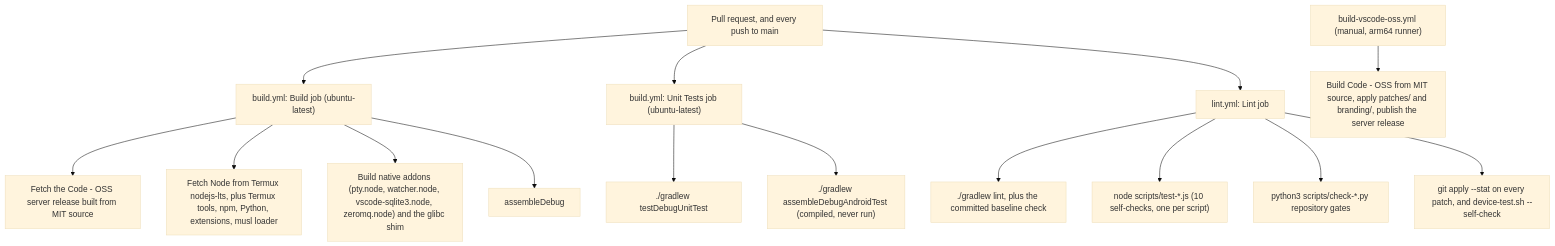
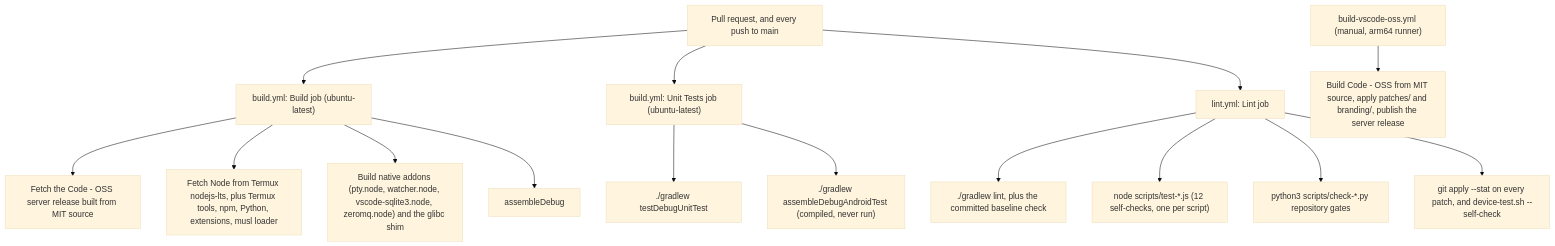
The second of 3 diagrams in docs/07-TESTING_STRATEGY.md (rmyndharis/VSCodroid), drawn with Mermaid (base theme) before and after one commit. The commit also changed other lines of this file and 6 other files, not shown here.

````diff
--- a/docs/07-TESTING_STRATEGY.md
+++ b/docs/07-TESTING_STRATEGY.md
@@ -286,20 +287,20 @@
 ```mermaid
 flowchart TD
   PR["Pull request, and every push to main"] --> BUILD["build.yml: Build job (ubuntu-latest)"]
   BUILD --> B1["Fetch the Code - OSS server release built from MIT source"]
   BUILD --> B2["Fetch Node from Termux nodejs-lts, plus Termux tools, npm, Python, extensions, musl loader"]
   BUILD --> B3["Build native addons (pty.node, watcher.node, vscode-sqlite3.node, zeromq.node) and the glibc shim"]
   BUILD --> B4["assembleDebug"]
 
   PR --> TEST["build.yml: Unit Tests job (ubuntu-latest)"]
   TEST --> T1["./gradlew testDebugUnitTest"]
   TEST --> T2["./gradlew assembleDebugAndroidTest (compiled, never run)"]
 
   PR --> LINT["lint.yml: Lint job"]
   LINT --> L1["./gradlew lint, plus the committed baseline check"]
-  LINT --> L2["node scripts/test-*.js (10 self-checks, one per script)"]
+  LINT --> L2["node scripts/test-*.js (12 self-checks, one per script)"]
   LINT --> L3["python3 scripts/check-*.py repository gates"]
   LINT --> L4["git apply --stat on every patch, and device-test.sh --self-check"]
 
   MAN["build-vscode-oss.yml (manual, arm64 runner)"] --> M1["Build Code - OSS from MIT source, apply patches/ and branding/, publish the server release"]
 ```
````
